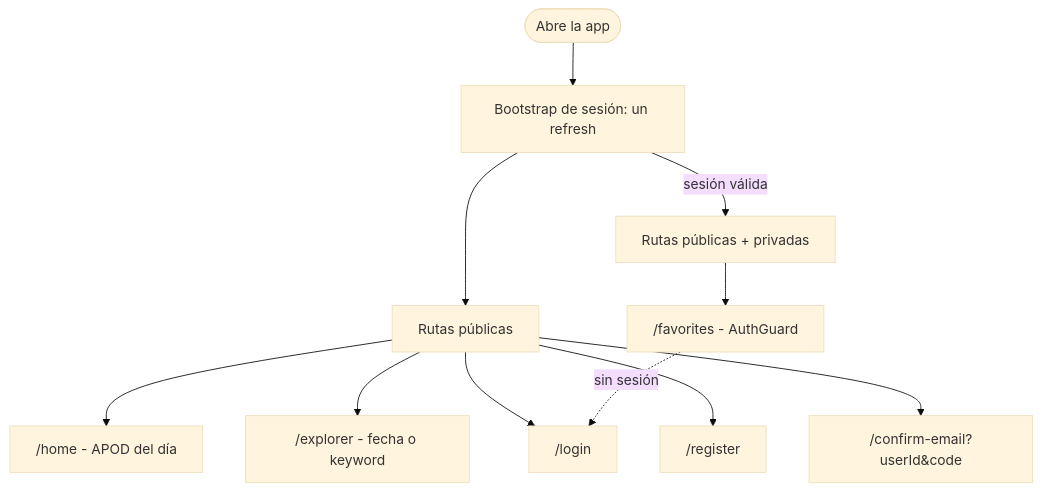
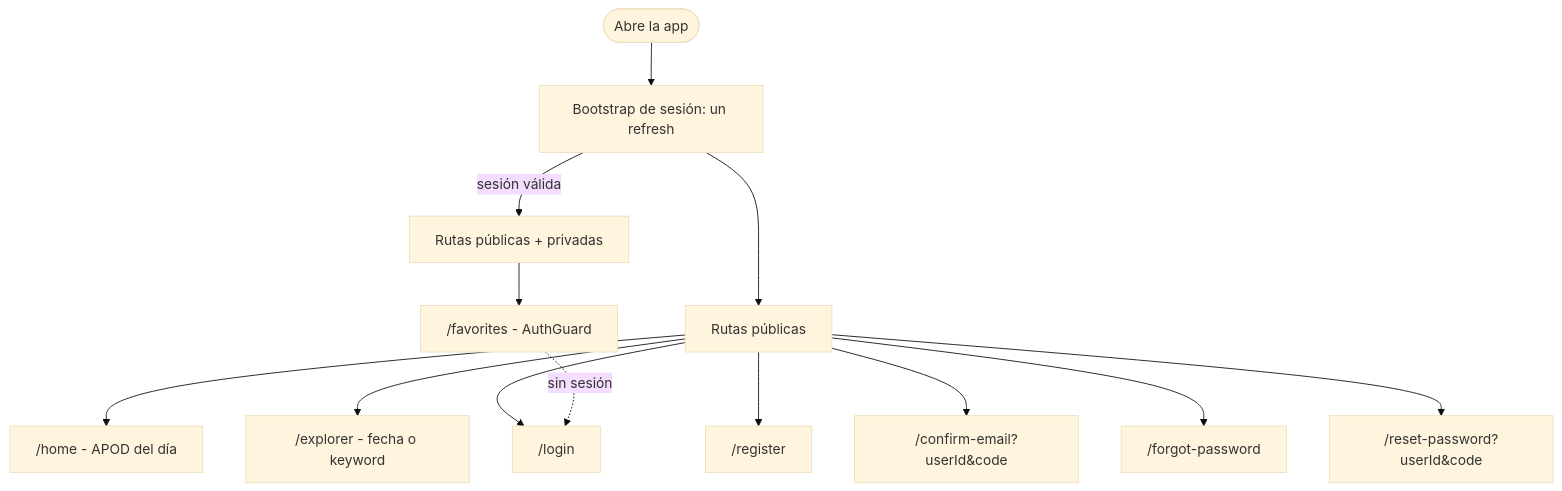
Before and after one commit to VCinthia/Astronomy-Picture-Explorer: the second of 11 diagrams in docs/architecture/p3-flow-overview.md, drawn with Mermaid (base theme). The commit also changed other lines of this file and 14 other files, not shown here.

````diff
--- a/docs/architecture/p3-flow-overview.md
+++ b/docs/architecture/p3-flow-overview.md
@@ -37,13 +37,15 @@
 ```mermaid
 flowchart TD
     START([Abre la app]) --> BOOT["Bootstrap de sesión: un refresh"]
     BOOT --> PUBLIC["Rutas públicas"]
     BOOT -->|"sesión válida"| PRIVATE["Rutas públicas + privadas"]
     PUBLIC --> HOME["/home - APOD del día"]
     PUBLIC --> EXP["/explorer - fecha o keyword"]
     PUBLIC --> LOGIN["/login"]
     PUBLIC --> REG["/register"]
     PUBLIC --> CONF["/confirm-email?userId&code"]
+    PUBLIC --> FORGOT["/forgot-password"]
+    PUBLIC --> RESET["/reset-password?userId&code"]
     PRIVATE --> FAV["/favorites - AuthGuard"]
     FAV -. "sin sesión" .-> LOGIN
 ```
````
